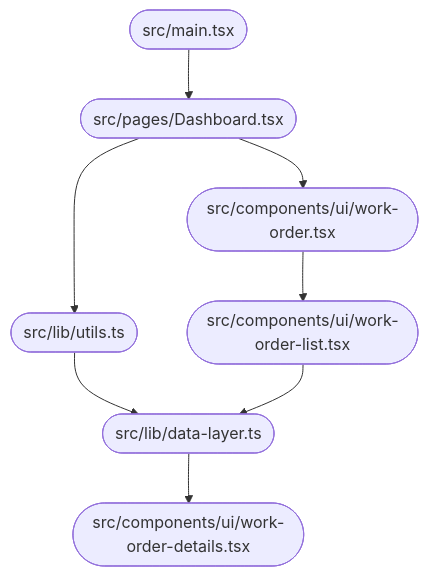
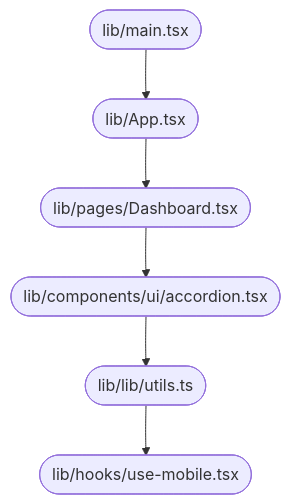
The diagram in DOCUMENTATION.md (jahnavi783/tasty-web-portal), drawn with Mermaid before and after one commit. The commit also changed other lines of this file, not shown here.

````diff
--- a/DOCUMENTATION.md
+++ b/DOCUMENTATION.md
@@ -37,10 +36,8 @@
 ```mermaid
 flowchart TD
-A([src/main.tsx]) --> B([src/pages/Dashboard.tsx])
-B --> C([src/components/ui/work-order.tsx])
-B --> D([src/lib/utils.ts])
-C --> E([src/components/ui/work-order-list.tsx])
-D --> F([src/lib/data-layer.ts])
-E --> F
-F --> G([src/components/ui/work-order-details.tsx])
-```
+A([lib/main.tsx]) --> B([lib/App.tsx])
+B --> C([lib/pages/Dashboard.tsx])
+C --> D([lib/components/ui/accordion.tsx])
+D --> E([lib/lib/utils.ts])
+E --> F([lib/hooks/use-mobile.tsx])
+``` 
````
